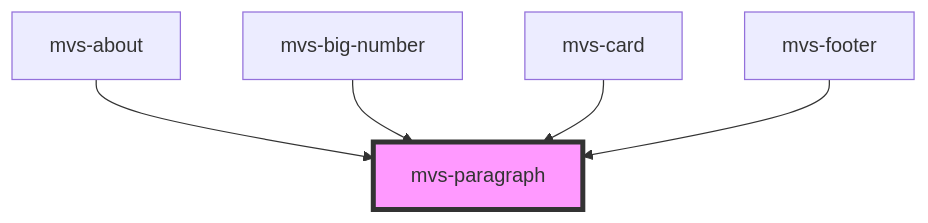
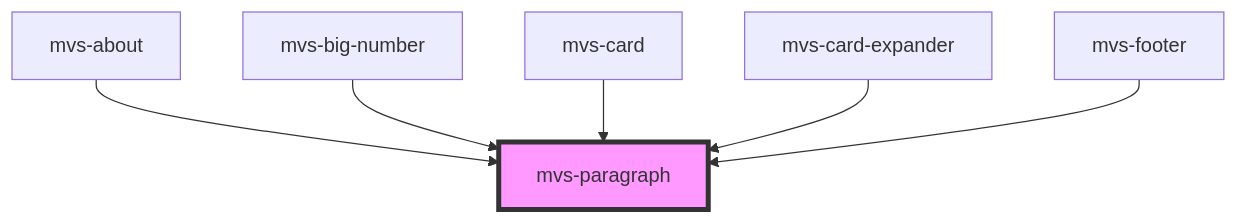
The diagram in src/components/typography/mvs-paragraph/readme.md (rafaela-vairo/mvs-design-system), drawn with Mermaid before and after one commit. The commit also changed other lines of this file and 20 other files, not shown here.

````diff
--- a/src/components/typography/mvs-paragraph/readme.md
+++ b/src/components/typography/mvs-paragraph/readme.md
@@ -26,8 +27,9 @@
 ```mermaid
 graph TD;
   mvs-about --> mvs-paragraph
   mvs-big-number --> mvs-paragraph
   mvs-card --> mvs-paragraph
+  mvs-card-expander --> mvs-paragraph
   mvs-footer --> mvs-paragraph
   style mvs-paragraph fill:#f9f,stroke:#333,stroke-width:4px
 ```
````
